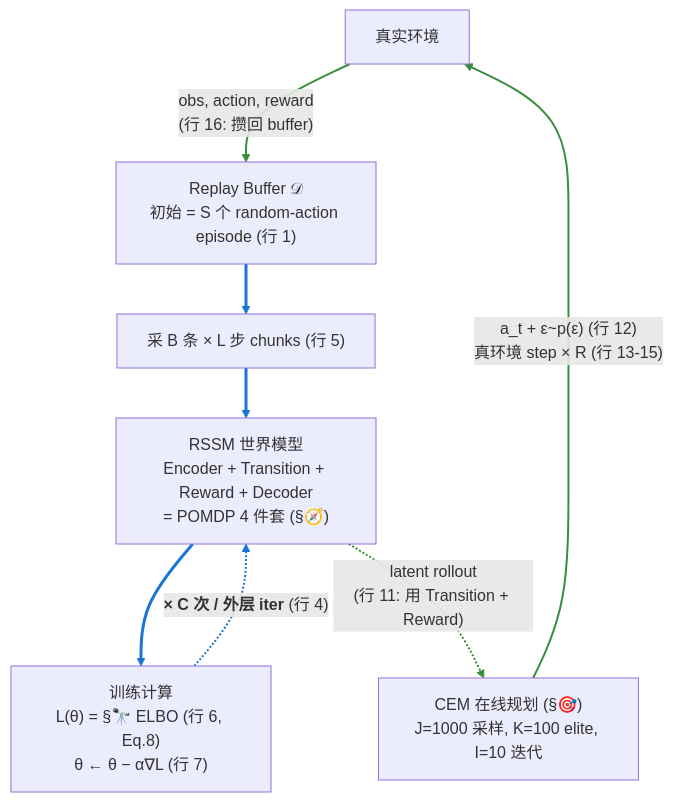
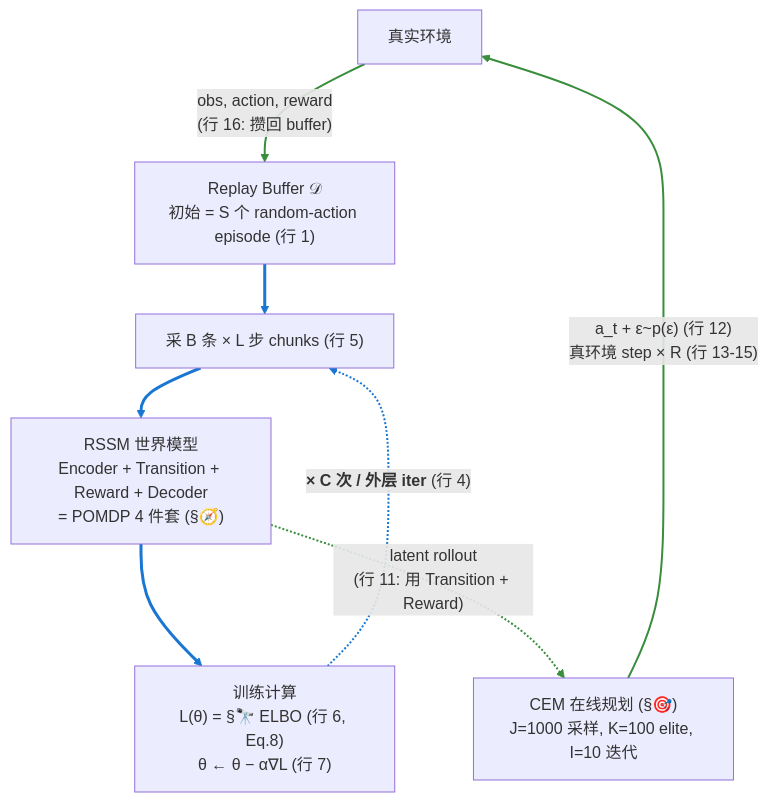
Before and after one commit to jinxinzhou/world-model-study: the seventh of 7 diagrams in World-Model-学习笔记.md, drawn with Mermaid. The commit also changed 1 other file, not shown here.

Commit message:
docs: route C-iter back-edge to Sample node, not RSSM
In Algorithm 1, line 5 (sample chunks) is inside the 'for s = 1..C'
loop, so each of the C inner iterations re-samples a fresh batch. The
back-edge for 'x C times / outer iter' should therefore close the
loop above the Sample node, not above the RSSM node — otherwise the
diagram implies the sample step happens only once.

New back-edge: Train -.->|x C times| Sample
New loop body shown by the diagram: Sample -> RSSM -> Train -> back

This matches the color-key callout text ('each iter re-samples chunks
+ forward + SGD') and the Algorithm 1 pseudocode on the right.

````diff
--- a/World-Model-学习笔记.md
+++ b/World-Model-学习笔记.md
@@ -2154,25 +2154,25 @@
 ```mermaid
 flowchart TD
     Env["真实环境"]
     Buffer["Replay Buffer 𝒟<br/>初始 = S 个 random-action episode (行 1)"]
     Sample["采 B 条 × L 步 chunks (行 5)"]
     RSSM["RSSM 世界模型<br/>Encoder + Transition + Reward + Decoder<br/>= POMDP 4 件套 (§🧭)"]
     Train["训练计算<br/>L(θ) = §🔭 ELBO (行 6, Eq.8)<br/>θ ← θ − α∇L (行 7)"]
     CEM["CEM 在线规划 (§🎯)<br/>J=1000 采样, K=100 elite, I=10 迭代"]
 
     Env -->|"obs, action, reward<br/>(行 16: 攒回 buffer)"| Buffer
     Buffer --> Sample
     Sample --> RSSM
     RSSM --> Train
-    Train -.->|"<b>× C 次 / 外层 iter</b> (行 4)"| RSSM
+    Train -.->|"<b>× C 次 / 外层 iter</b> (行 4)"| Sample
     RSSM -.->|"latent rollout<br/>(行 11: 用 Transition + Reward)"| CEM
     CEM -->|"a_t + ε~p(ε) (行 12)<br/>真环境 step × R (行 13-15)"| Env
 
     linkStyle 0 stroke:#388e3c,stroke-width:2px
     linkStyle 1 stroke:#1976d2,stroke-width:3px
     linkStyle 2 stroke:#1976d2,stroke-width:3px
     linkStyle 3 stroke:#1976d2,stroke-width:3px
     linkStyle 4 stroke:#1976d2,stroke-width:2px
     linkStyle 5 stroke:#388e3c,stroke-width:2px
     linkStyle 6 stroke:#388e3c,stroke-width:2px
 ```
````
